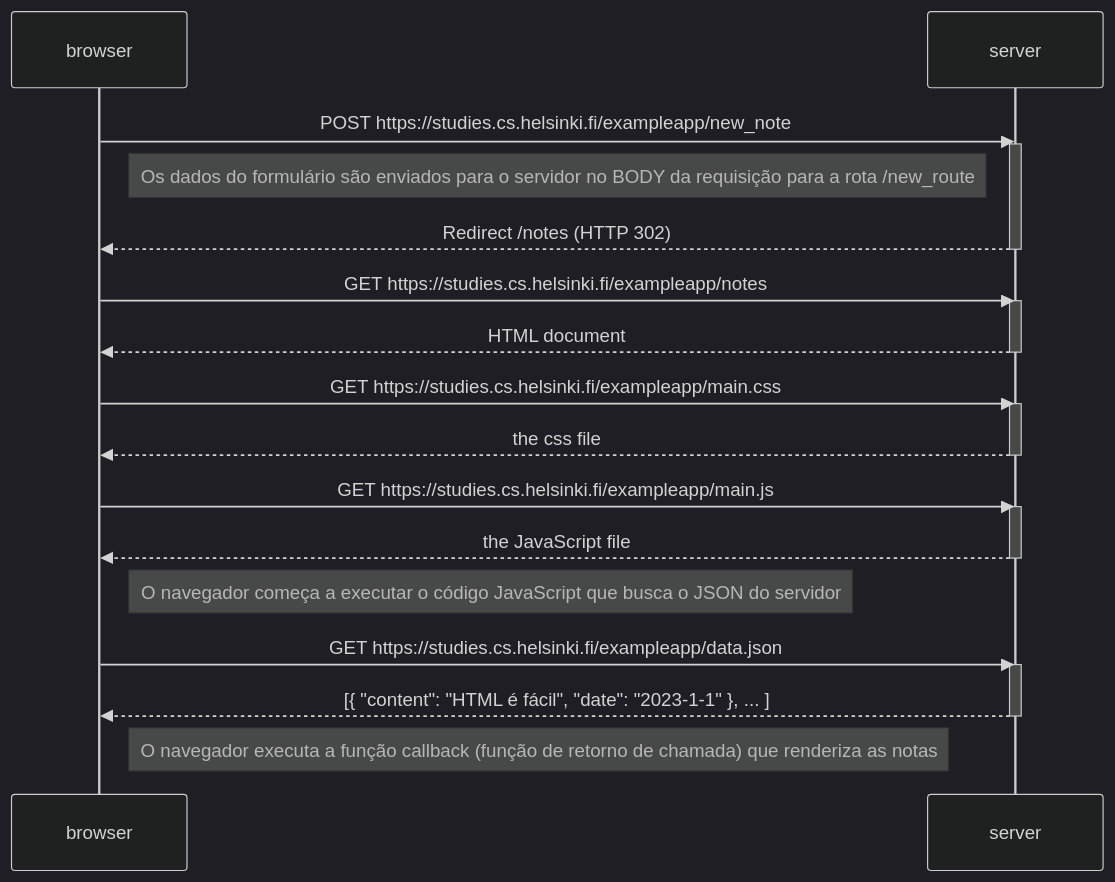
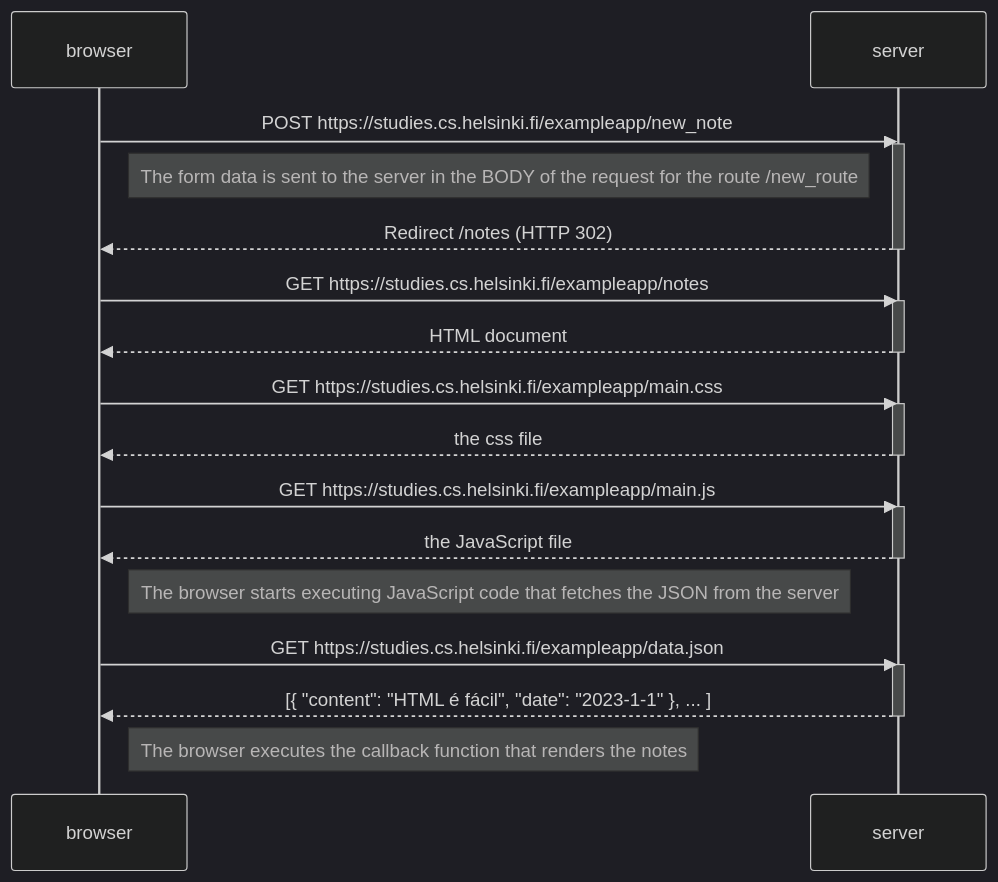
Before and after one commit to VitorVA6/fullstackopen: the first of 2 diagrams in part0/readme.md, drawn with Mermaid (dark theme). The commit also changed other lines of this file, not shown here.

Commit message:
feat: create the diagram from exercise 0.5

````diff
--- a/part0/readme.md
+++ b/part0/readme.md
@@ -1,37 +3,37 @@
 ```mermaid
 sequenceDiagram
     participant browser
     participant server
 
     browser->>server: POST https://studies.cs.helsinki.fi/exampleapp/new_note
     activate server
 
-    Note right of browser: Os dados do formulário são enviados para o servidor no BODY da requisição para a rota /new_route
+    Note right of browser: The form data is sent to the server in the BODY of the request for the route /new_route
 
     server-->>browser: Redirect /notes (HTTP 302)
     deactivate server
 
     browser->>server: GET https://studies.cs.helsinki.fi/exampleapp/notes
     activate server
     server-->>browser: HTML document
     deactivate server
 
     browser->>server: GET https://studies.cs.helsinki.fi/exampleapp/main.css
     activate server
     server-->>browser: the css file
     deactivate server
 
     browser->>server: GET https://studies.cs.helsinki.fi/exampleapp/main.js
     activate server
     server-->>browser: the JavaScript file
     deactivate server
 
-    Note right of browser: O navegador começa a executar o código JavaScript que busca o JSON do servidor
+    Note right of browser: The browser starts executing JavaScript code that fetches the JSON from the server
 
     browser->>server: GET https://studies.cs.helsinki.fi/exampleapp/data.json
     activate server
     server-->>browser: [{ "content": "HTML é fácil", "date": "2023-1-1" }, ... ]
     deactivate server
 
-    Note right of browser: O navegador executa a função callback (função de retorno de chamada) que renderiza as notas
+    Note right of browser: The browser executes the callback function that renders the notes
 ```
````
